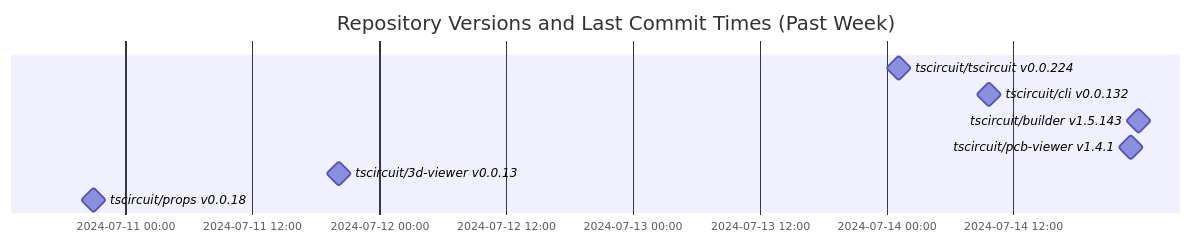
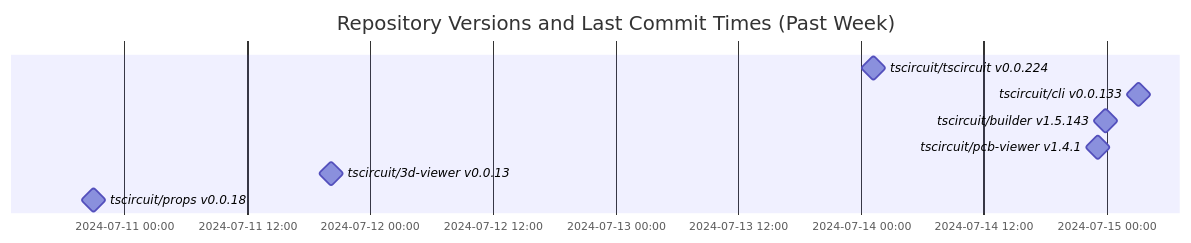
One commit to tscircuit/version-tracker changed the diagram in README.md. Above: the diagram before and after it, drawn with Mermaid.

Commit message:
Update chart

````diff
--- a/README.md
+++ b/README.md
@@ -1,13 +1,13 @@
 ```mermaid
 gantt
   dateFormat  YYYY-MM-DD HH:mm:ss
   title Repository Versions and Last Commit Times (Past Week)
   axisFormat %Y-%m-%d %H:%M
 
   tscircuit/tscircuit v0.0.224 : milestone, 2024-07-14 01:11:10, 1s
-  tscircuit/cli v0.0.132 : milestone, 2024-07-14 09:42:00, 1s
+  tscircuit/cli v0.0.133 : milestone, 2024-07-15 03:06:18, 1s
   tscircuit/builder v1.5.143 : milestone, 2024-07-14 23:49:38, 1s
   tscircuit/pcb-viewer v1.4.1 : milestone, 2024-07-14 23:05:20, 1s
   tscircuit/3d-viewer v0.0.13 : milestone, 2024-07-11 20:12:35, 1s
   tscircuit/props v0.0.18 : milestone, 2024-07-10 20:59:29, 1s
 ```
````
